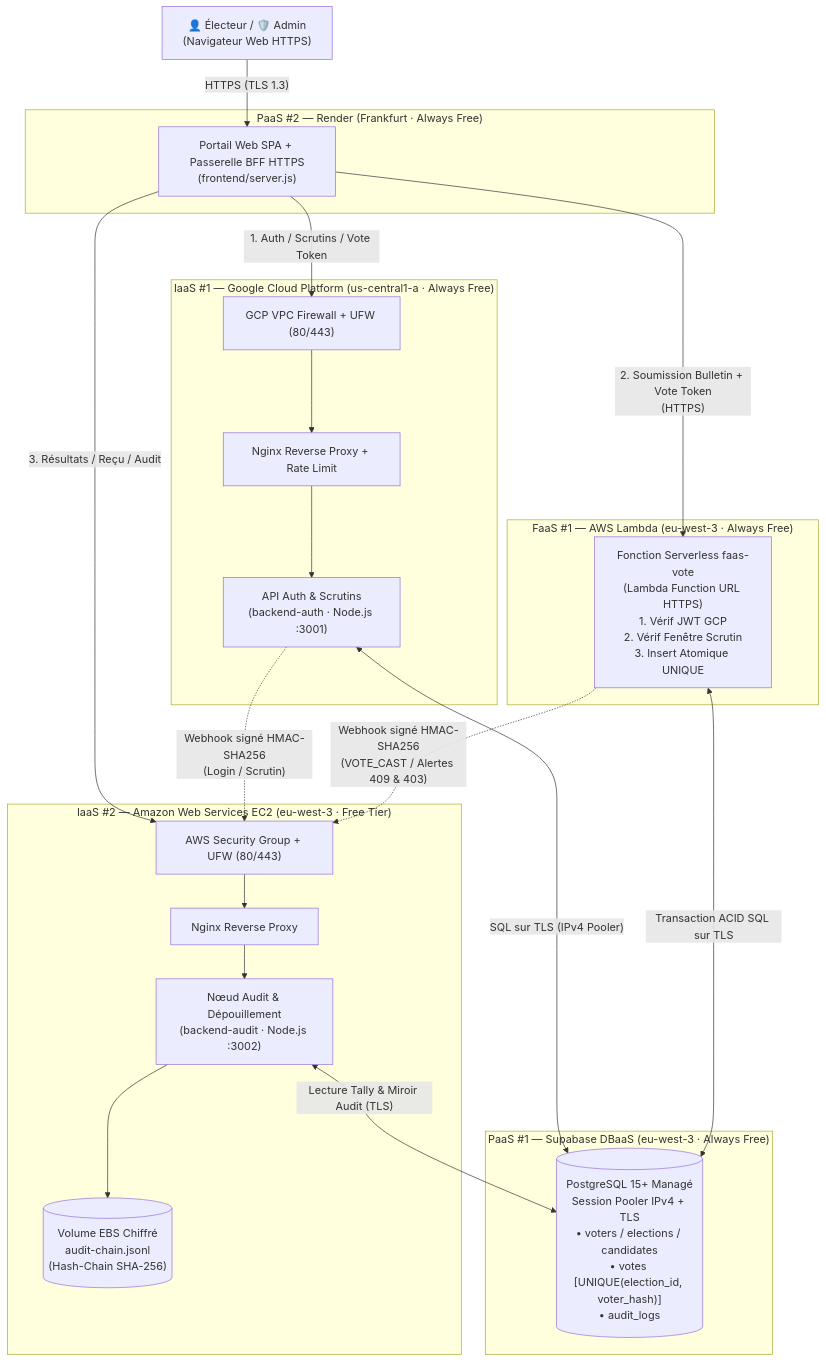
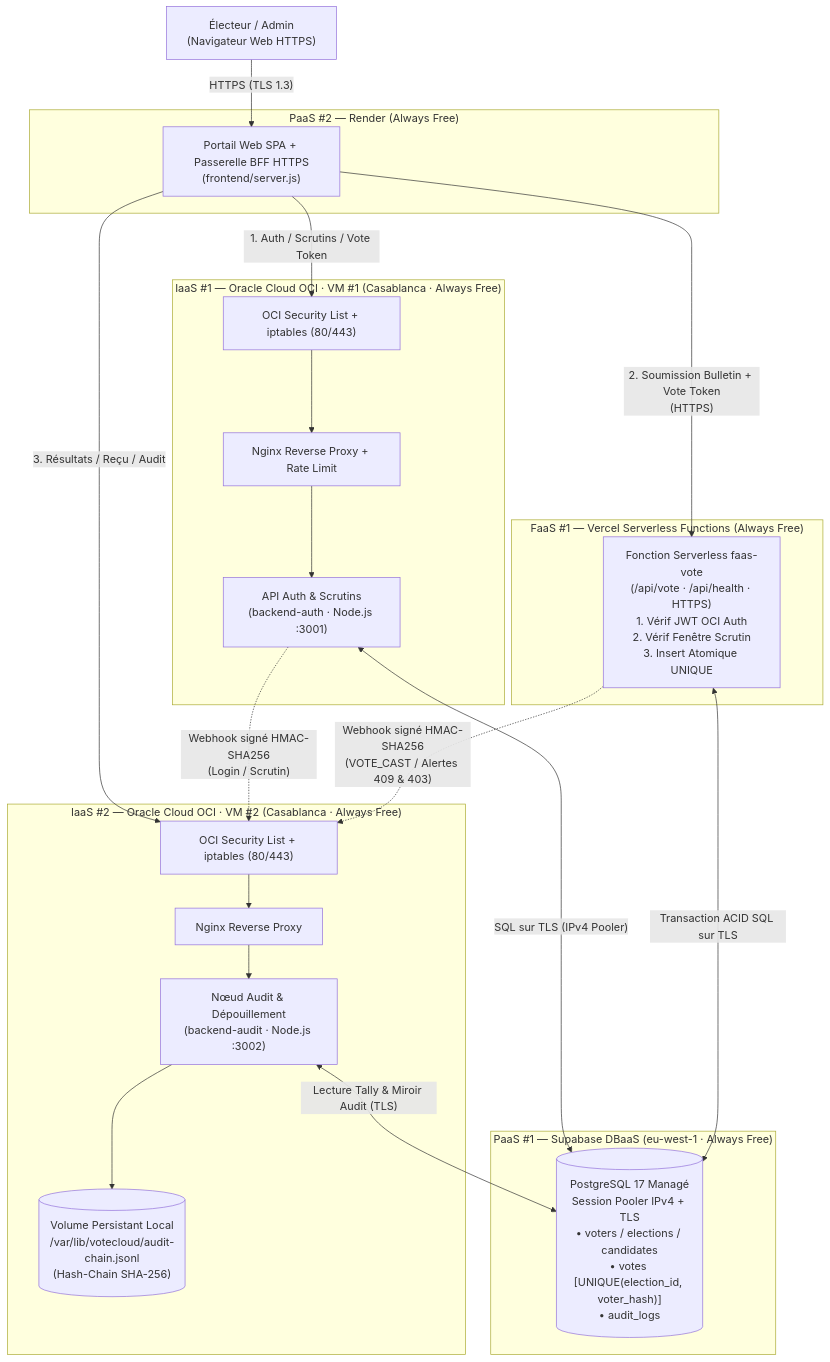
The first of 2 diagrams in docs/ARCHITECTURE.md (Saadcheddad/votecloud-multicloud), drawn with Mermaid before and after one commit. The commit also changed other lines of this file and 32 other files, not shown here.

Commit message:
docs: align entire repository to OCI x2 + Supabase + Render + Vercel

````diff
--- a/docs/ARCHITECTURE.md
+++ b/docs/ARCHITECTURE.md
@@ -31,43 +31,43 @@
 ```mermaid
 flowchart TB
-    User["👤 Électeur / 🛡️ Admin\n(Navigateur Web HTTPS)"]
+    User["Électeur / Admin\n(Navigateur Web HTTPS)"]
 
-    subgraph P2["PaaS #2 — Render (Frankfurt · Always Free)"]
+    subgraph P2["PaaS #2 — Render (Always Free)"]
         FE["Portail Web SPA + Passerelle BFF HTTPS\n(frontend/server.js)"]
     end
 
-    subgraph I1["IaaS #1 — Google Cloud Platform (us-central1-a · Always Free)"]
-        FW1["GCP VPC Firewall + UFW (80/443)"]
+    subgraph I1["IaaS #1 — Oracle Cloud OCI · VM #1 (Casablanca · Always Free)"]
+        FW1["OCI Security List + iptables (80/443)"]
         NGX1["Nginx Reverse Proxy + Rate Limit"]
         AUTH["API Auth & Scrutins\n(backend-auth · Node.js :3001)"]
         FW1 --> NGX1 --> AUTH
     end
 
-    subgraph F1["FaaS #1 — AWS Lambda (eu-west-3 · Always Free)"]
-        LAMBDA["Fonction Serverless faas-vote\n(Lambda Function URL HTTPS)\n1. Vérif JWT GCP\n2. Vérif Fenêtre Scrutin\n3. Insert Atomique UNIQUE"]
+    subgraph F1["FaaS #1 — Vercel Serverless Functions (Always Free)"]
+        FAAS["Fonction Serverless faas-vote\n(/api/vote · /api/health · HTTPS)\n1. Vérif JWT OCI Auth\n2. Vérif Fenêtre Scrutin\n3. Insert Atomique UNIQUE"]
     end
 
-    subgraph P1["PaaS #1 — Supabase DBaaS (eu-west-3 · Always Free)"]
-        DB[("PostgreSQL 15+ Managé\nSession Pooler IPv4 + TLS\n• voters / elections / candidates\n• votes [UNIQUE(election_id, voter_hash)]\n• audit_logs")]
+    subgraph P1["PaaS #1 — Supabase DBaaS (eu-west-1 · Always Free)"]
+        DB[("PostgreSQL 17 Managé\nSession Pooler IPv4 + TLS\n• voters / elections / candidates\n• votes [UNIQUE(election_id, voter_hash)]\n• audit_logs")]
     end
 
-    subgraph I2["IaaS #2 — Amazon Web Services EC2 (eu-west-3 · Free Tier)"]
-        FW2["AWS Security Group + UFW (80/443)"]
+    subgraph I2["IaaS #2 — Oracle Cloud OCI · VM #2 (Casablanca · Always Free)"]
+        FW2["OCI Security List + iptables (80/443)"]
         NGX2["Nginx Reverse Proxy"]
         AUDIT["Nœud Audit & Dépouillement\n(backend-audit · Node.js :3002)"]
-        EBS[("Volume EBS Chiffré\naudit-chain.jsonl\n(Hash-Chain SHA-256)")]
-        FW2 --> NGX2 --> AUDIT --> EBS
+        DISK[("Volume Persistant Local\n/var/lib/votecloud/audit-chain.jsonl\n(Hash-Chain SHA-256)")]
+        FW2 --> NGX2 --> AUDIT --> DISK
     end
 
     User -->|"HTTPS (TLS 1.3)"| FE
     FE -->|"1. Auth / Scrutins / Vote Token"| FW1
-    FE -->|"2. Soumission Bulletin + Vote Token\n(HTTPS)"| LAMBDA
+    FE -->|"2. Soumission Bulletin + Vote Token\n(HTTPS)"| FAAS
     FE -->|"3. Résultats / Reçu / Audit"| FW2
 
     AUTH <-->|"SQL sur TLS (IPv4 Pooler)"| DB
-    LAMBDA <-->|"Transaction ACID SQL sur TLS"| DB
+    FAAS <-->|"Transaction ACID SQL sur TLS"| DB
     AUDIT <-->|"Lecture Tally & Miroir Audit (TLS)"| DB
 
     AUTH -.->|"Webhook signé HMAC-SHA256\n(Login / Scrutin)"| FW2
-    LAMBDA -.->|"Webhook signé HMAC-SHA256\n(VOTE_CAST / Alertes 409 & 403)"| FW2
+    FAAS -.->|"Webhook signé HMAC-SHA256\n(VOTE_CAST / Alertes 409 & 403)"| FW2
 ```
````
